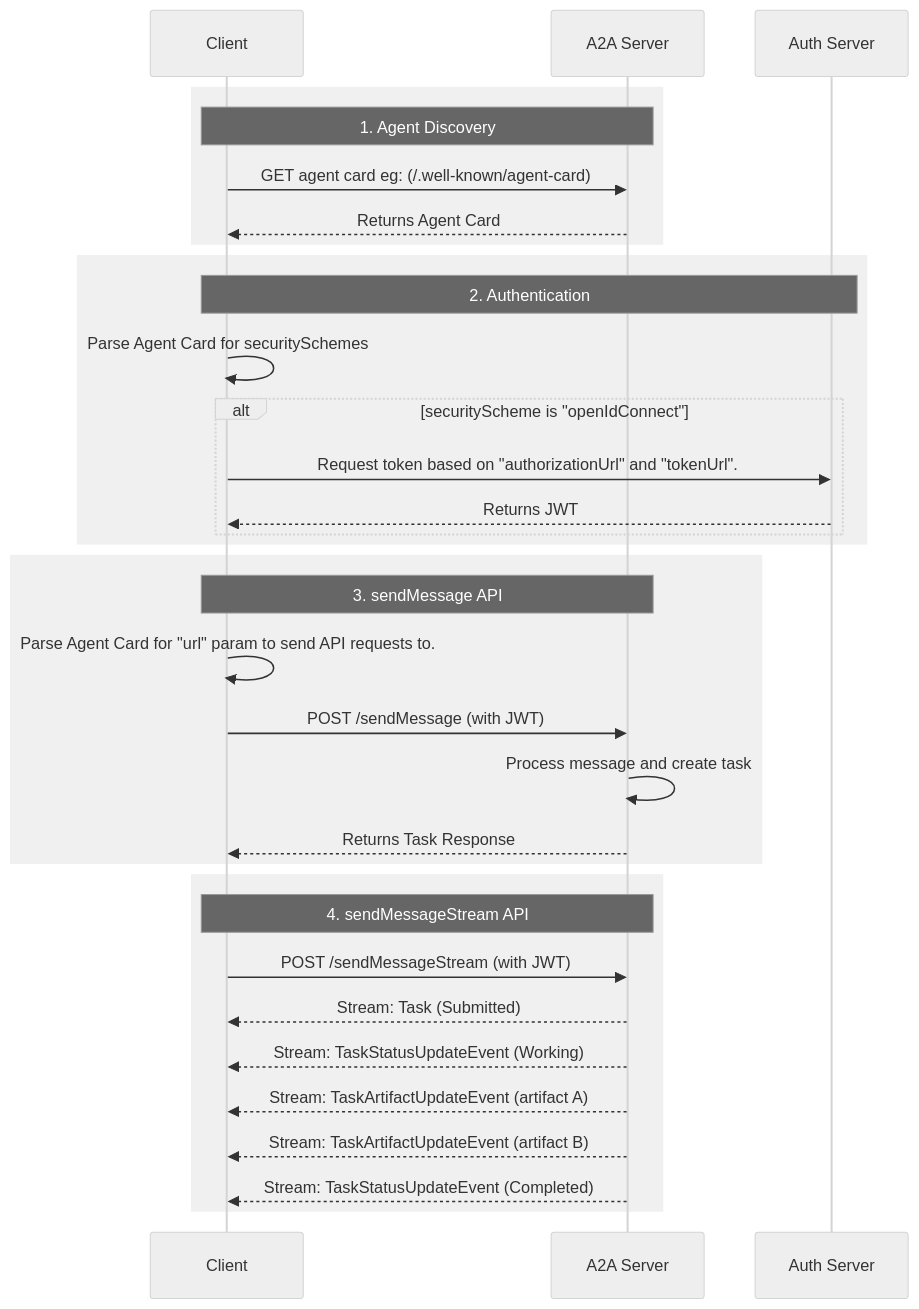
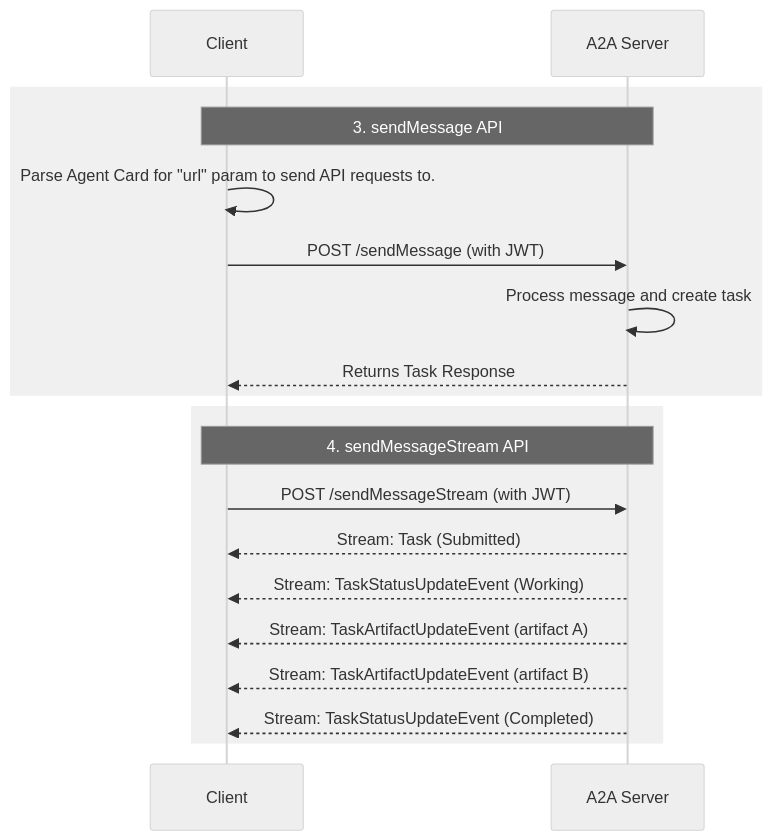
The fifth of 5 diagrams in docs/topics/what-is-a2a.md (a2aproject/A2A), drawn with Mermaid (neutral theme) before and after one commit. The commit also changed other lines of this file, not shown here.

````diff
--- a/docs/topics/what-is-a2a.md
+++ b/docs/topics/what-is-a2a.md
@@ -176,39 +208,23 @@
 ```mermaid
 sequenceDiagram
     participant Client
     participant A2A Server
-    participant Auth Server
-
-    rect rgb(240, 240, 240)
-    Note over Client, A2A Server: 1. Agent Discovery
-    Client->>A2A Server: GET agent card eg: (/.well-known/agent-card)
-    A2A Server-->>Client: Returns Agent Card
-    end
-
-    rect rgb(240, 240, 240)
-    Note over Client, Auth Server: 2. Authentication
-    Client->>Client: Parse Agent Card for securitySchemes
-    alt securityScheme is "openIdConnect"
-        Client->>Auth Server: Request token based on "authorizationUrl" and "tokenUrl".
-        Auth Server-->>Client: Returns JWT
-    end
-    end
 
     rect rgb(240, 240, 240)
     Note over Client, A2A Server: 3. sendMessage API
     Client->>Client: Parse Agent Card for "url" param to send API requests to.
     Client->>A2A Server: POST /sendMessage (with JWT)
     A2A Server->>A2A Server: Process message and create task
     A2A Server-->>Client: Returns Task Response
     end
 
     rect rgb(240, 240, 240)
     Note over Client, A2A Server: 4. sendMessageStream API
     Client->>A2A Server: POST /sendMessageStream (with JWT)
     A2A Server-->>Client: Stream: Task (Submitted)
     A2A Server-->>Client: Stream: TaskStatusUpdateEvent (Working)
     A2A Server-->>Client: Stream: TaskArtifactUpdateEvent (artifact A)
     A2A Server-->>Client: Stream: TaskArtifactUpdateEvent (artifact B)
     A2A Server-->>Client: Stream: TaskStatusUpdateEvent (Completed)
     end
 ```
````
